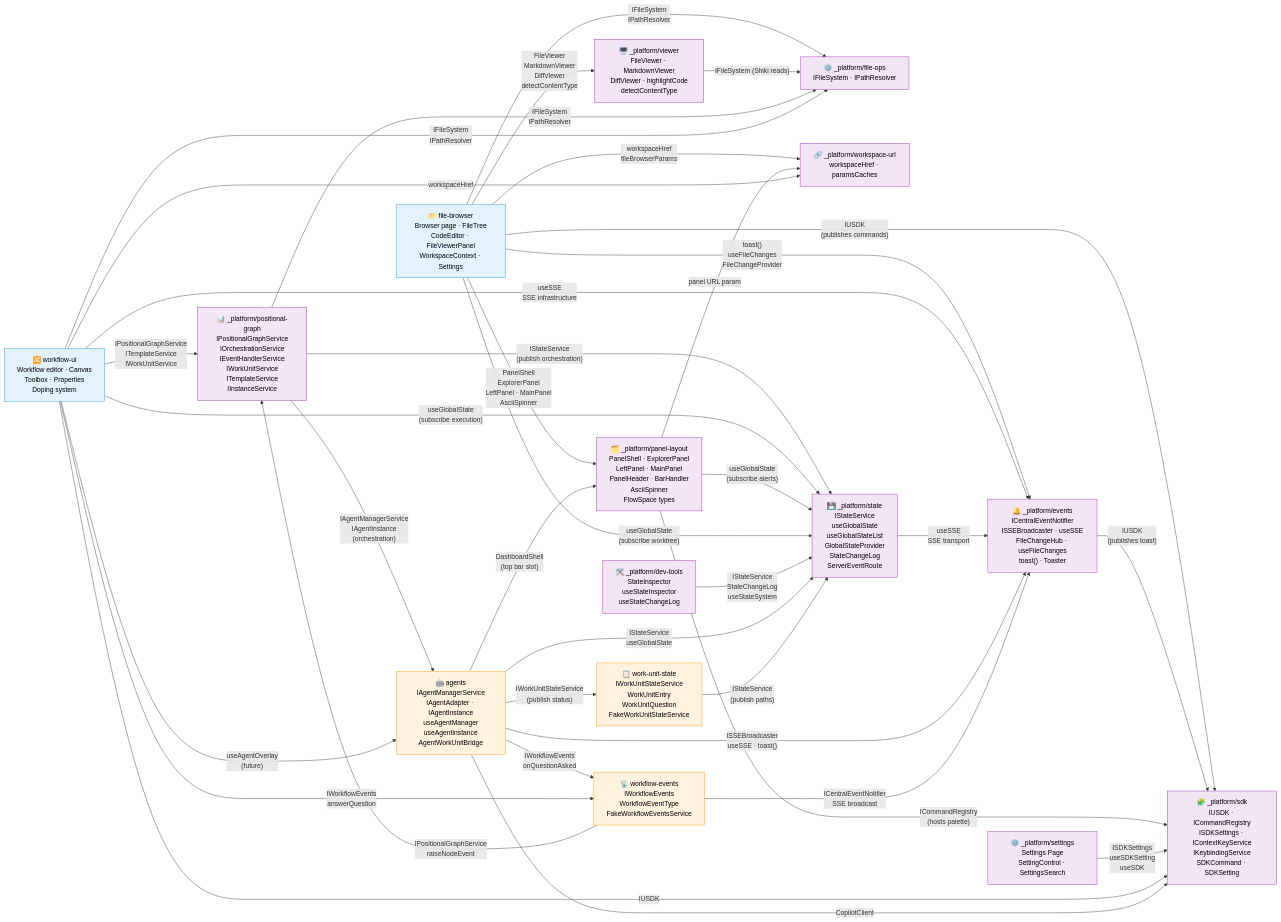
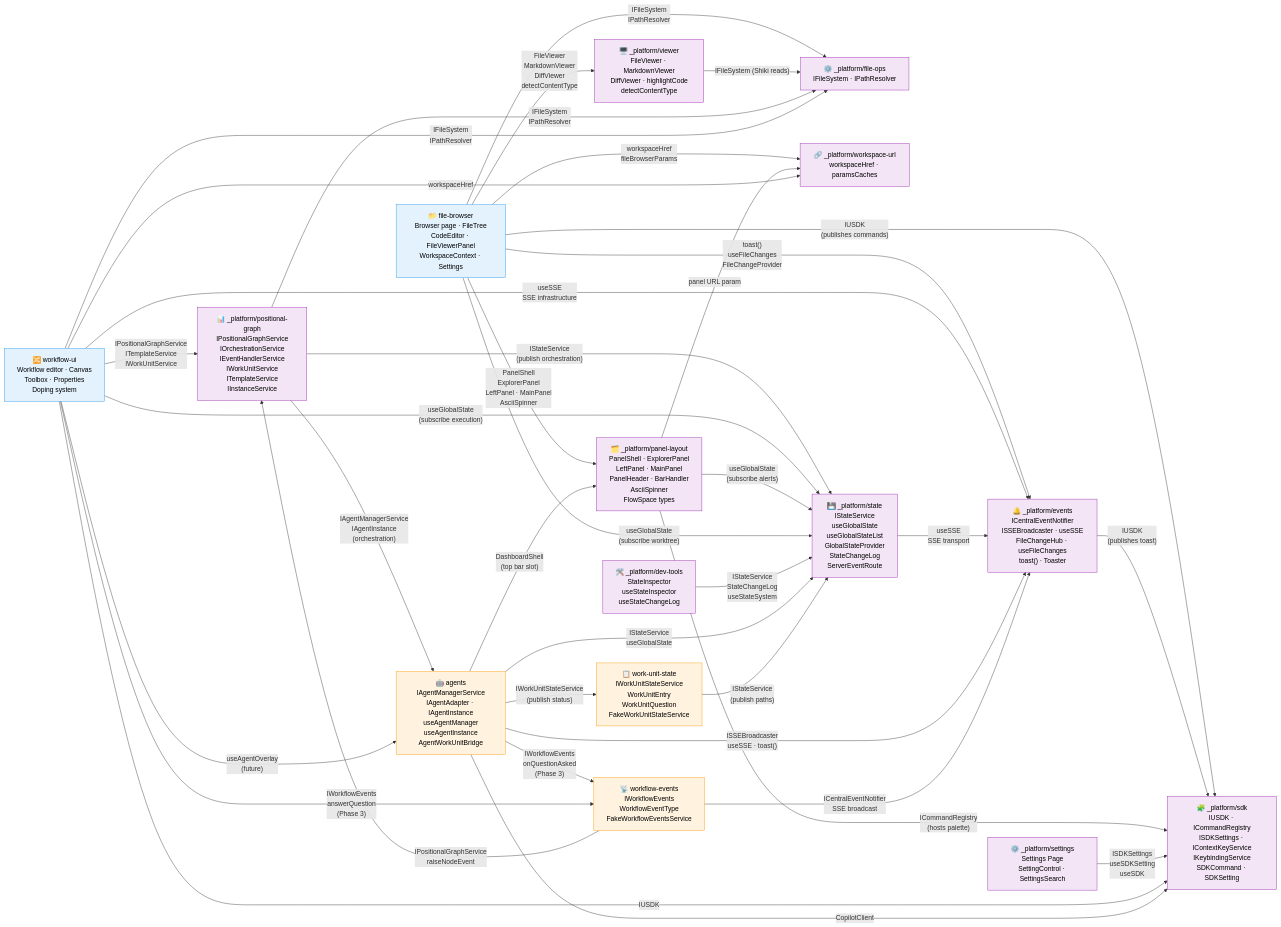
One commit to AI-Substrate/chainglass changed the diagram in docs/domains/domain-map.md. Above: the diagram before and after it, drawn with Mermaid. The commit also changed 4 other files, not shown here.

````diff
--- a/docs/domains/domain-map.md
+++ b/docs/domains/domain-map.md
@@ -85,6 +85,6 @@
     %% NEW: Workflow Events dependencies (Plan 061)
     wfEvents -->|"IPositionalGraphService<br/>raiseNodeEvent"| posGraph
     wfEvents -->|"ICentralEventNotifier<br/>SSE broadcast"| events
-    agents -->|"IWorkflowEvents<br/>onQuestionAsked"| wfEvents
-    workflowUI -->|"IWorkflowEvents<br/>answerQuestion"| wfEvents
+    agents -->|"IWorkflowEvents<br/>onQuestionAsked<br/>(Phase 3)"| wfEvents
+    workflowUI -->|"IWorkflowEvents<br/>answerQuestion<br/>(Phase 3)"| wfEvents
 ```
````
